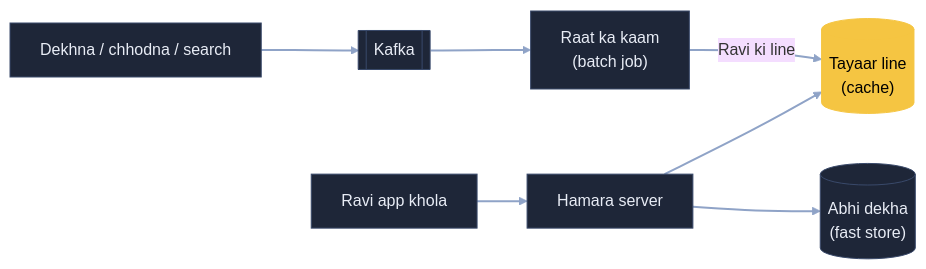
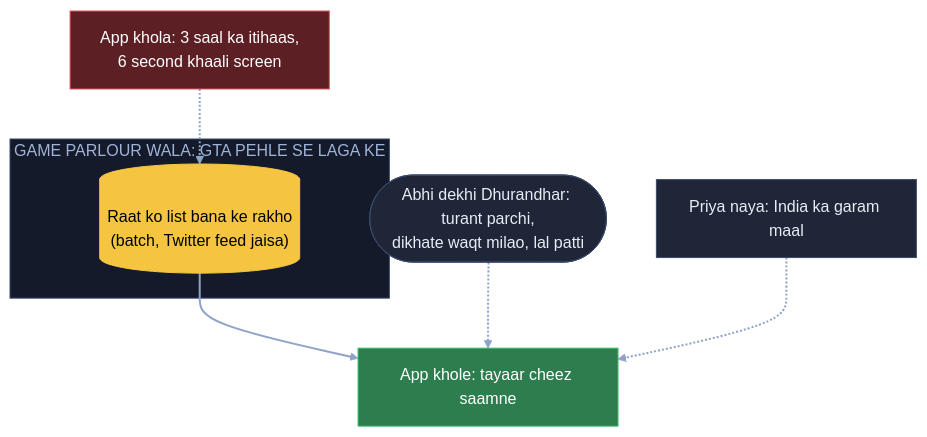
The seventh of 7 diagrams in 04_HLD/SYSTEM_DESIGNS/18_netflix/18_netflix.md (ArpanMaheshwari144/Prep), drawn with Mermaid (base theme) before and after one commit. The commit also changed other lines of this file, not shown here.

Commit message:
Netflix: 7 diagram hand notes ke shabdon se (apne shehar me file, pen drive, guard, parchi, game parlour)

````diff
--- a/04_HLD/SYSTEM_DESIGNS/18_netflix/18_netflix.md
+++ b/04_HLD/SYSTEM_DESIGNS/18_netflix/18_netflix.md
@@ -210,13 +262,20 @@
 ```mermaid
-flowchart LR
-    E["Dekhna / chhodna / search"] --> K[["Kafka"]]
-    K --> J["Raat ka kaam<br/>(batch job)"]
-    J -- "Ravi ki line" --> C[("Tayaar line<br/>(cache)")]
-    A["Ravi app khola"] --> S["Hamara server"]
-    S --> C
-    S --> P[("Abhi dekha<br/>(fast store)")]
-    class C hl
-    classDef default fill:#1e2638,stroke:#3a4a6b,color:#e8ecf5
-    classDef hl fill:#f5c542,stroke:#f5c542,color:#000
+flowchart TB
+    X["App khola: 3 saal ka itihaas,<br/>6 second khaali screen"]:::bad
+    subgraph GP["GAME PARLOUR WALA: GTA PEHLE SE LAGA KE"]
+        L[("Raat ko list bana ke rakho<br/>(batch, Twitter feed jaisa)")]:::pill
+    end
+    N(["Abhi dekhi Dhurandhar: turant parchi,<br/>dikhate waqt milao, lal patti"]):::card
+    Pr["Priya naya: India ka garam maal"]:::card
+    R["App khole: tayaar cheez saamne"]:::good
+    X -.-> L
+    L --> R
+    N -.-> R
+    Pr -.-> R
     linkStyle default stroke:#8fa3c7,stroke-width:2px
+    classDef card fill:#1e2638,stroke:#3a4a6b,color:#e8ecf5
+    classDef pill fill:#f5c542,stroke:#f5c542,color:#000
+    classDef good fill:#2e7d4f,stroke:#3fbf6f,color:#fff
+    classDef bad fill:#5c1f24,stroke:#e05561,color:#fff
+    style GP fill:#141a29,stroke:#3a4a6b,color:#9fb3d9
 ```
````
